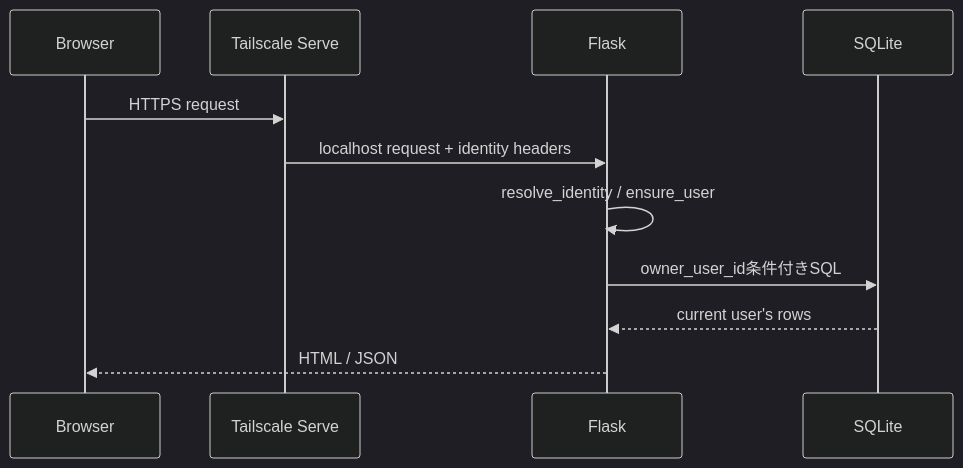
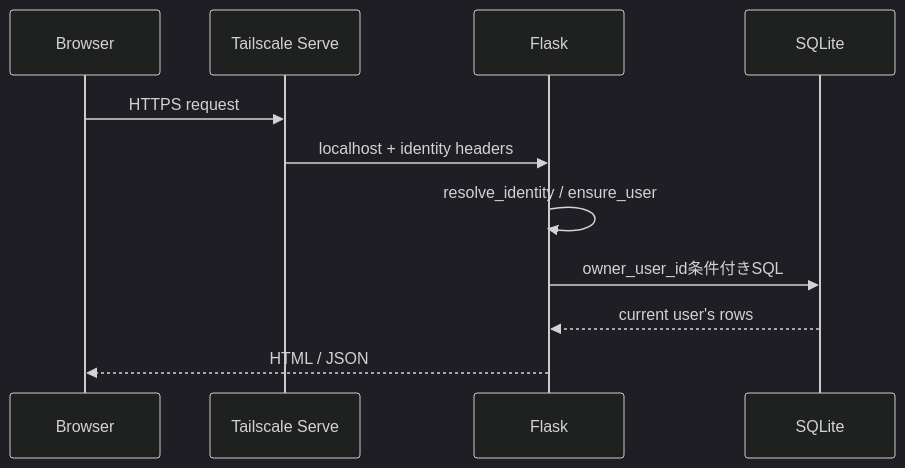
One commit to k-systems202208/python-sqlite-tailscale-webapp-template changed the second of 8 diagrams in docs/ARCHITECTURE.md. Above: the diagram before and after it, drawn with Mermaid (dark theme). The commit also changed other lines of this file and 42 other files, not shown here.

````diff
--- a/docs/ARCHITECTURE.md
+++ b/docs/ARCHITECTURE.md
@@ -52,14 +34,14 @@
 ```mermaid
 sequenceDiagram
     participant B as Browser
     participant T as Tailscale Serve
     participant F as Flask
     participant D as SQLite
 
     B->>T: HTTPS request
-    T->>F: localhost request + identity headers
+    T->>F: localhost + identity headers
     F->>F: resolve_identity / ensure_user
     F->>D: owner_user_id条件付きSQL
     D-->>F: current user's rows
     F-->>B: HTML / JSON
 ```
````
